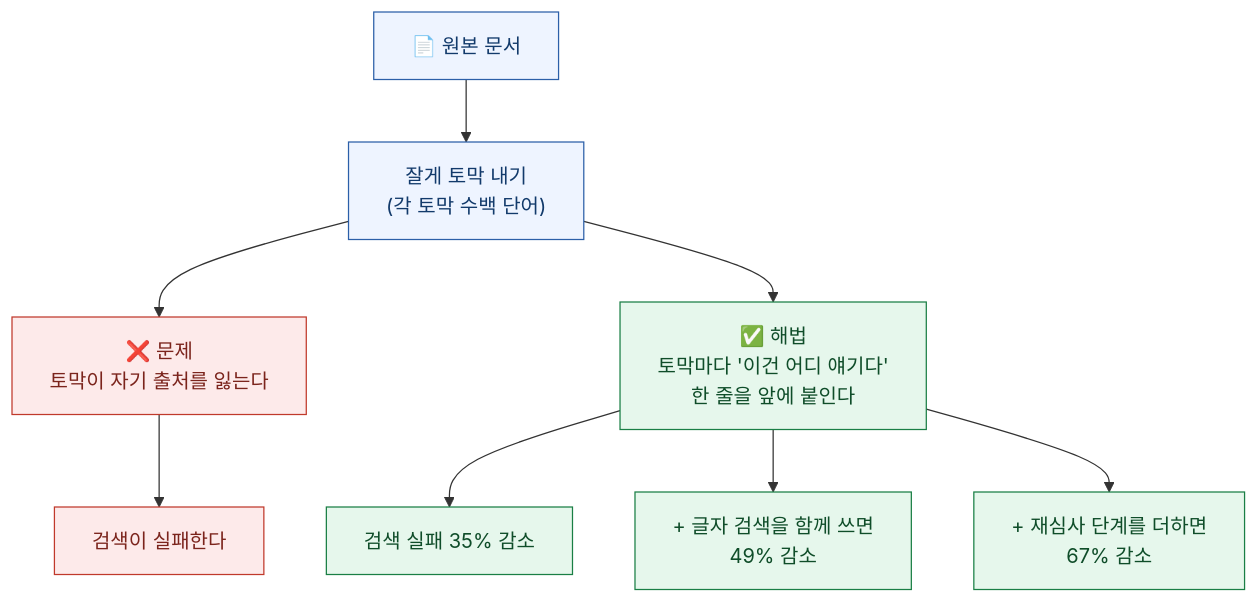
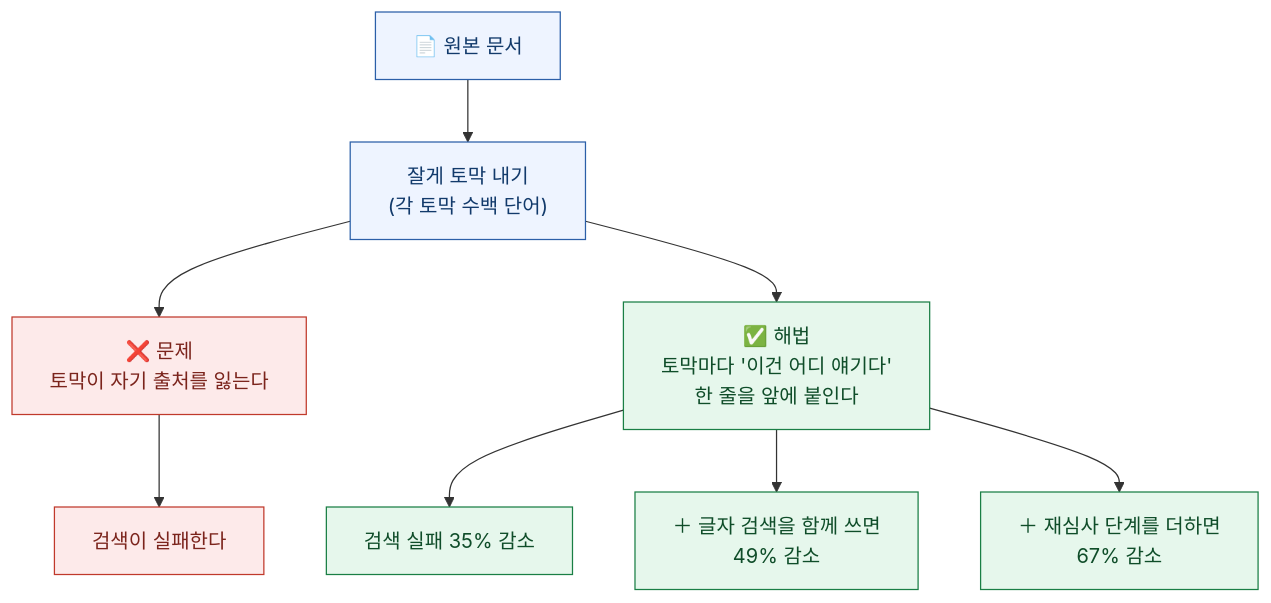
One commit to DBhyeong/DBhyeong.github.io changed the first of 7 diagrams in content/blog/contextual-retrieval-rag-chunking-explained.md. Above: the diagram before and after it, drawn with Mermaid. The commit also changed 2 other files, not shown here.

Commit message:
blog: mermaid 라벨 '+' 불릿 트리거 4건 수정 (＋ 전각화)
라이브 렌더에서 마지막 1건('Unsupported markdown: list')의 정체 = 라벨이
'+ '로 시작하면 CommonMark 불릿 목록으로 파싱됨. 기존 점검 스캐너가
불릿을 '-','*'만 보고 '+'를 누락했던 사각지대. 라벨 시작 '+ '를 전각 '＋'로.
전 파일 최종 스캔 list=0 bullet=0 angle=0 확인.

````diff
--- a/content/blog/contextual-retrieval-rag-chunking-explained.md
+++ b/content/blog/contextual-retrieval-rag-chunking-explained.md
@@ -28,18 +28,18 @@
 ```mermaid
 flowchart TD
     D["📄 원본 문서"] --> C["잘게 토막 내기<br/>(각 토막 수백 단어)"]
     C --> P["❌ 문제<br/>토막이 자기 출처를 잃는다"]
     P --> F["검색이 실패한다"]
 
     C --> X["✅ 해법<br/>토막마다 '이건 어디 얘기다'<br/>한 줄을 앞에 붙인다"]
     X --> R1["검색 실패 35% 감소"]
-    X --> R2["+ 글자 검색을 함께 쓰면<br/>49% 감소"]
-    X --> R3["+ 재심사 단계를 더하면<br/>67% 감소"]
+    X --> R2["＋ 글자 검색을 함께 쓰면<br/>49% 감소"]
+    X --> R3["＋ 재심사 단계를 더하면<br/>67% 감소"]
 
     classDef bad fill:#fdeaea,stroke:#c0392b,color:#7b241c
     classDef good fill:#e6f7ec,stroke:#1a7f45,color:#0f4d29
     classDef neu fill:#eef4ff,stroke:#2b5fa8,color:#123a6b
     class P,F bad
     class X,R1,R2,R3 good
     class D,C neu
 ```
````
